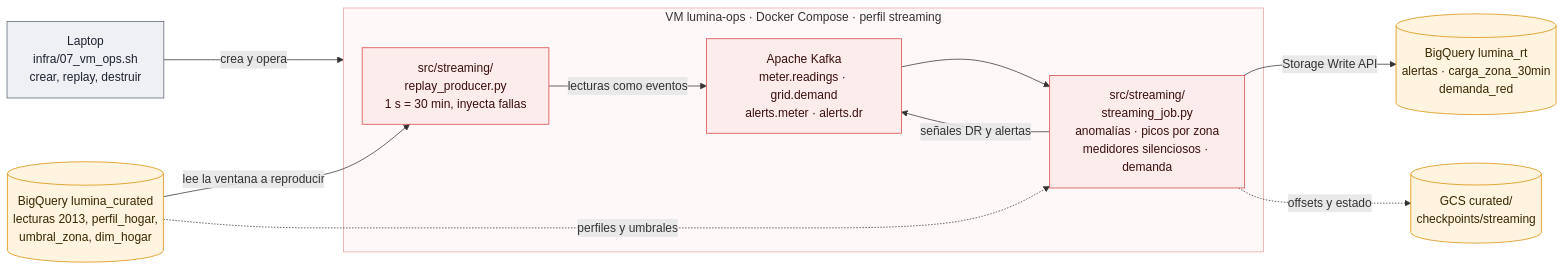
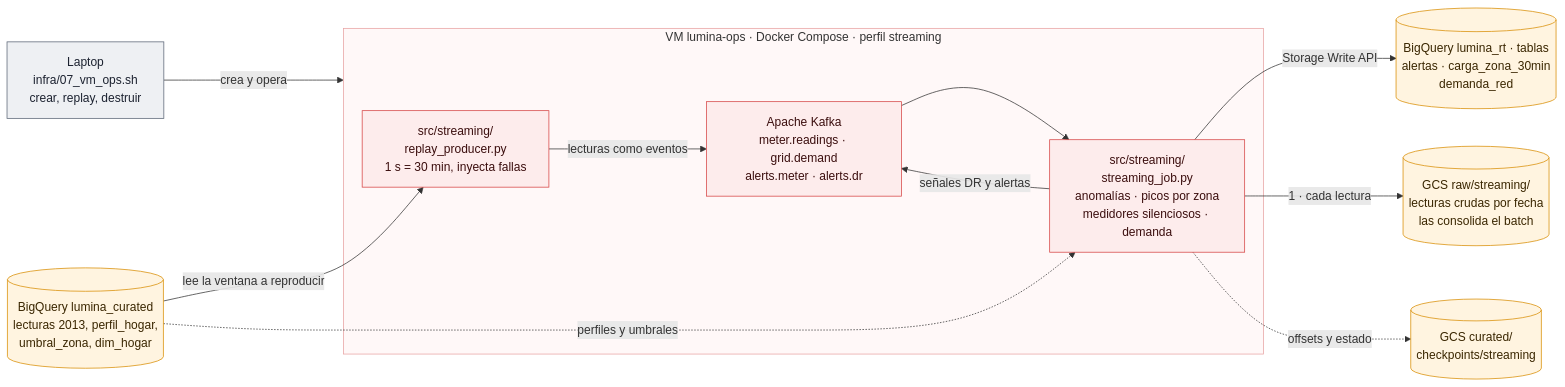
The diagram in docs/diagrama_tecnico_streaming.mmd (Diego9828/dataenergia-lumina), drawn with Mermaid before and after one commit. The commit also changed 8 other files, not shown here.

First line of the commit message:
Diagramas: el job de streaming escribe en bronze y en tablas rt

```diff
--- a/docs/diagrama_tecnico_streaming.mmd
+++ b/docs/diagrama_tecnico_streaming.mmd
@@ -1,30 +1,32 @@
 flowchart LR
   L7["Laptop<br/>infra/07_vm_ops.sh<br/>crear, replay, destruir"]
 
   BQC[("BigQuery lumina_curated<br/>lecturas 2013, perfil_hogar,<br/>umbral_zona, dim_hogar")]
 
   subgraph OPS["VM lumina-ops · Docker Compose · perfil streaming"]
     RP["src/streaming/<br/>replay_producer.py<br/>1 s = 30 min, inyecta fallas"]
     KF["Apache Kafka<br/>meter.readings · grid.demand<br/>alerts.meter · alerts.dr"]
     SS["src/streaming/<br/>streaming_job.py<br/>anomalías · picos por zona<br/>medidores silenciosos · demanda"]
   end
 
-  BQR[("BigQuery lumina_rt<br/>alertas · carga_zona_30min<br/>demanda_red")]
+  BQR[("BigQuery lumina_rt · tablas<br/>alertas · carga_zona_30min<br/>demanda_red")]
+  BRZ[("GCS raw/streaming/<br/>lecturas crudas por fecha<br/>las consolida el batch")]
   CKP[("GCS curated/<br/>checkpoints/streaming")]
 
   L7 -->|crea y opera| OPS
   BQC -->|lee la ventana a reproducir| RP
   RP -->|lecturas como eventos| KF
   KF --> SS
   BQC -.->|perfiles y umbrales| SS
   SS -->|Storage Write API| BQR
+  SS -->|1 · cada lectura| BRZ
   SS -->|señales DR y alertas| KF
   SS -.->|offsets y estado| CKP
 
   classDef lap fill:#EEF0F3,stroke:#5B6575,color:#1C2230
   classDef rt fill:#FDECEC,stroke:#D64545,color:#3B0E0E
   classDef store fill:#FFF4E0,stroke:#D98E04,color:#3A2600
   class L7 lap
   class RP,KF,SS rt
-  class BQC,BQR,CKP store
+  class BQC,BQR,CKP,BRZ store
   style OPS fill:#FFF8F8,stroke:#E8A3A3
```
